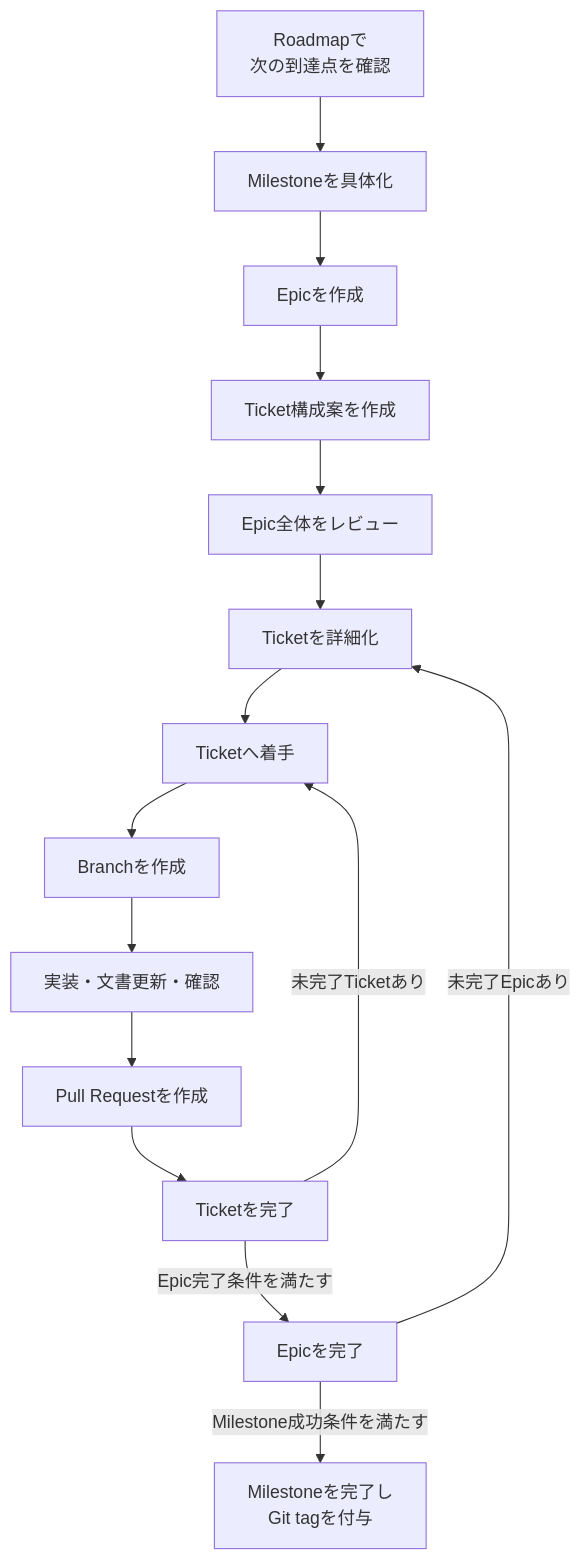
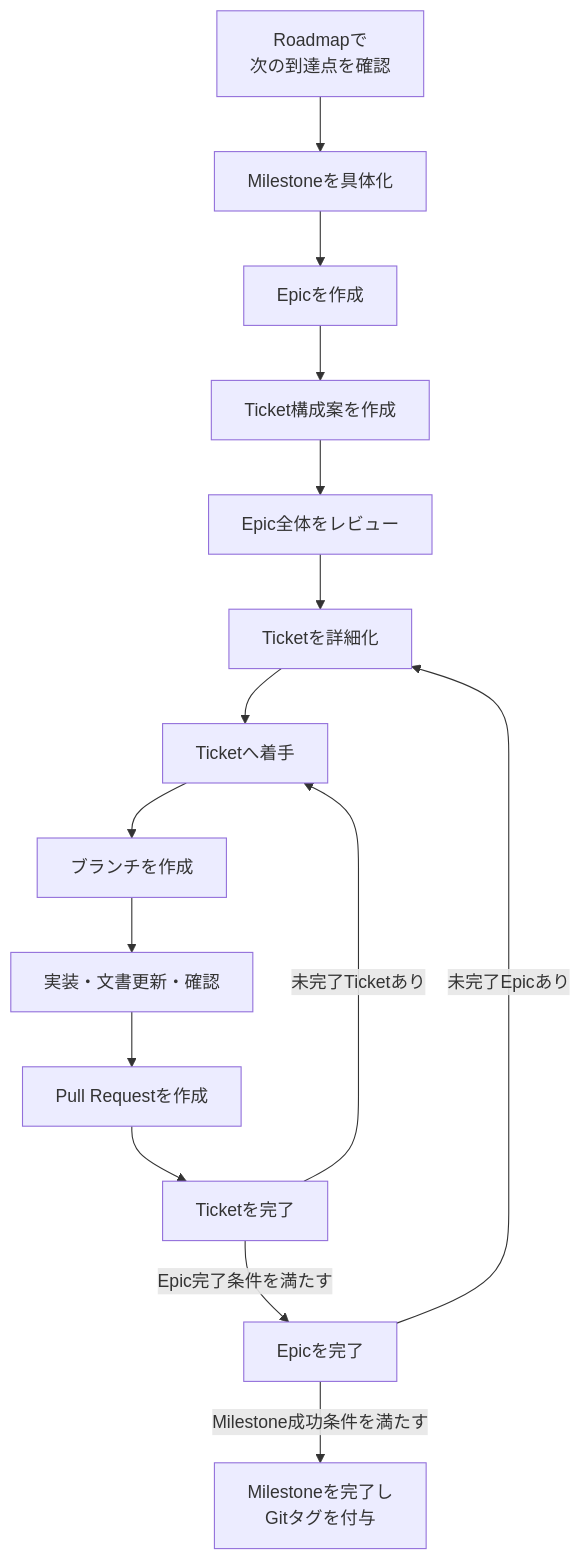
Before and after one commit to takashit16833/RAGScope: the diagram in project-docs/RAGScope開発運用ガイド.md, drawn with Mermaid. The commit also changed other lines of this file and 36 other files, not shown here.

````diff
--- a/project-docs/RAGScope開発運用ガイド.md
+++ b/project-docs/RAGScope開発運用ガイド.md
@@ -42,22 +42,22 @@
 ```mermaid
 flowchart TD
     Roadmap["Roadmapで<br>次の到達点を確認"]
     Milestone["Milestoneを具体化"]
     Epic["Epicを作成"]
     Plan["Ticket構成案を作成"]
     Review["Epic全体をレビュー"]
     Ticket["Ticketを詳細化"]
     Start["Ticketへ着手"]
-    Branch["Branchを作成"]
+    Branch["ブランチを作成"]
     Work["実装・文書更新・確認"]
     PR["Pull Requestを作成"]
     Done["Ticketを完了"]
     EpicDone["Epicを完了"]
-    Release["Milestoneを完了し<br>Git tagを付与"]
+    Release["Milestoneを完了し<br>Gitタグを付与"]
 
     Roadmap --> Milestone --> Epic --> Plan --> Review --> Ticket --> Start --> Branch --> Work --> PR --> Done
     Done -->|未完了Ticketあり| Start
     Done -->|Epic完了条件を満たす| EpicDone
     EpicDone -->|未完了Epicあり| Ticket
     EpicDone -->|Milestone成功条件を満たす| Release
 ```
````
